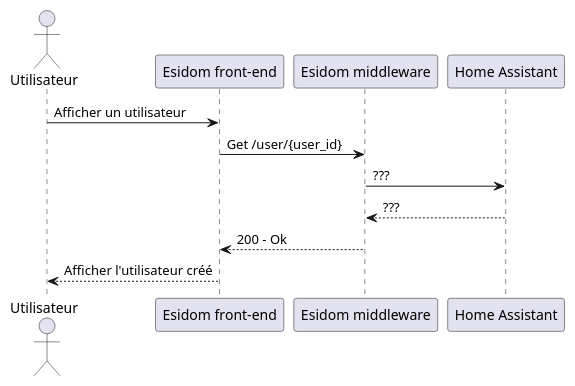
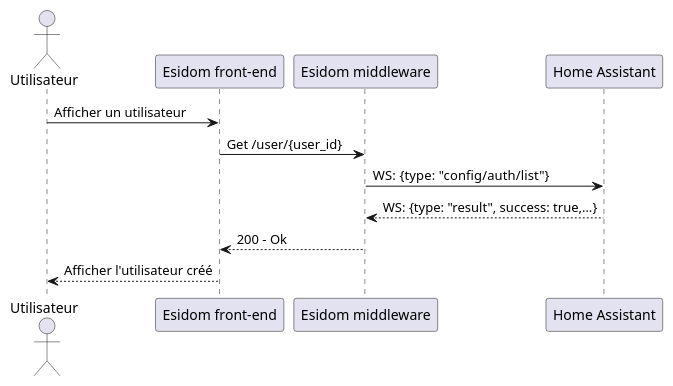
Before and after one commit to SKAVALT-io/esidom_doc: the diagram in cdct/diagramme_de_sequence/plantuml/afficher_utilisateur.puml, drawn with PlantUML. The commit also changed 7 other files, not shown here.

Commit message:
docs(cdct): update sequence diagram

```diff
--- a/cdct/diagramme_de_sequence/plantuml/afficher_utilisateur.puml
+++ b/cdct/diagramme_de_sequence/plantuml/afficher_utilisateur.puml
@@ -1,15 +1,15 @@
 @startuml afficher utilisateur
 
 actor "Utilisateur" as u
 participant "Esidom front-end" as fe
 participant "Esidom middleware" as m
 participant "Home Assistant" as ha
 
 u -> fe: Afficher un utilisateur
 fe -> m: Get /user/{user_id}
-m -> ha: ???
-ha --> m: ???
+m -> ha: WS:  {type: "config/auth/list"}
+ha --> m: WS: {type: "result", success: true,…}
 m --> fe: 200 - Ok
 fe --> u: Afficher l'utilisateur créé
 
 @enduml
```
